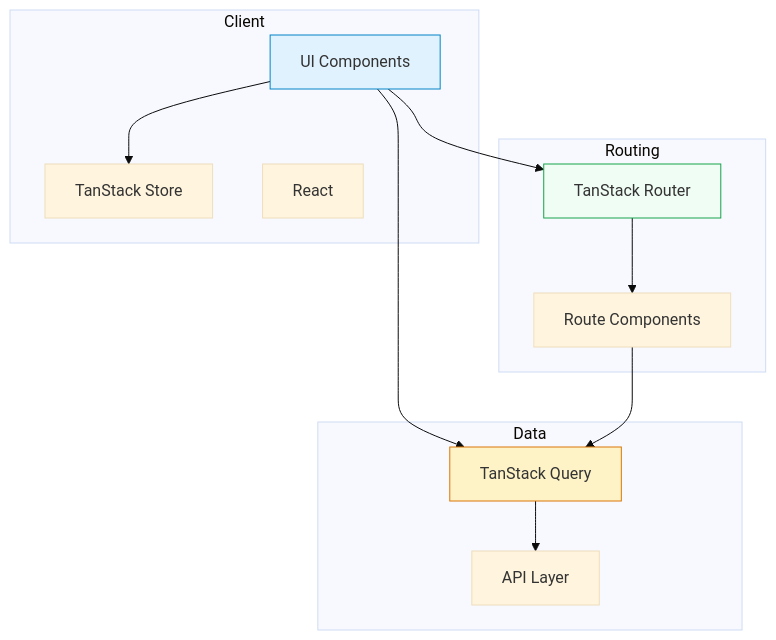
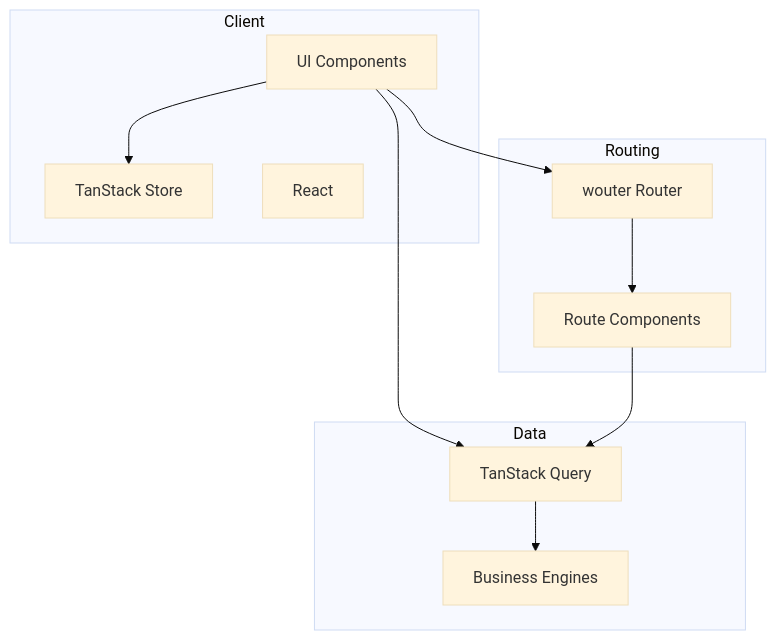
The diagram in docs/ARCHITECTURE.md (albarpambagio/jadi-mikir), drawn with Mermaid (base theme) before and after one commit. The commit also changed other lines of this file and 37 other files, not shown here.

````diff
--- a/docs/ARCHITECTURE.md
+++ b/docs/ARCHITECTURE.md
@@ -35,29 +37,25 @@
 ```mermaid
 graph TB
-    subgraph Client
+    subgraph client [Client]
         UI[UI Components]
         RS[TanStack Store]
         R[React]
     end
-    
-    subgraph Routing
-        RT[TanStack Router]
+
+    subgraph routing [Routing]
+        RT[wouter Router]
         RC[Route Components]
     end
-    
-    subgraph Data
+
+    subgraph data [Data]
         RQ[TanStack Query]
-        API[API Layer]
+        ENG[Business Engines]
     end
-    
+
     UI --> RT
     UI --> RS
     UI --> RQ
     RT --> RC
     RC --> RQ
-    RQ --> API
-    
-    style UI fill:#e0f2fe,stroke:#0284c7
-    style RQ fill:#fef3c7,stroke:#d97706
-    style RT fill:#f0fdf4,stroke:#16a34a
+    RQ --> ENG
 ```
````
